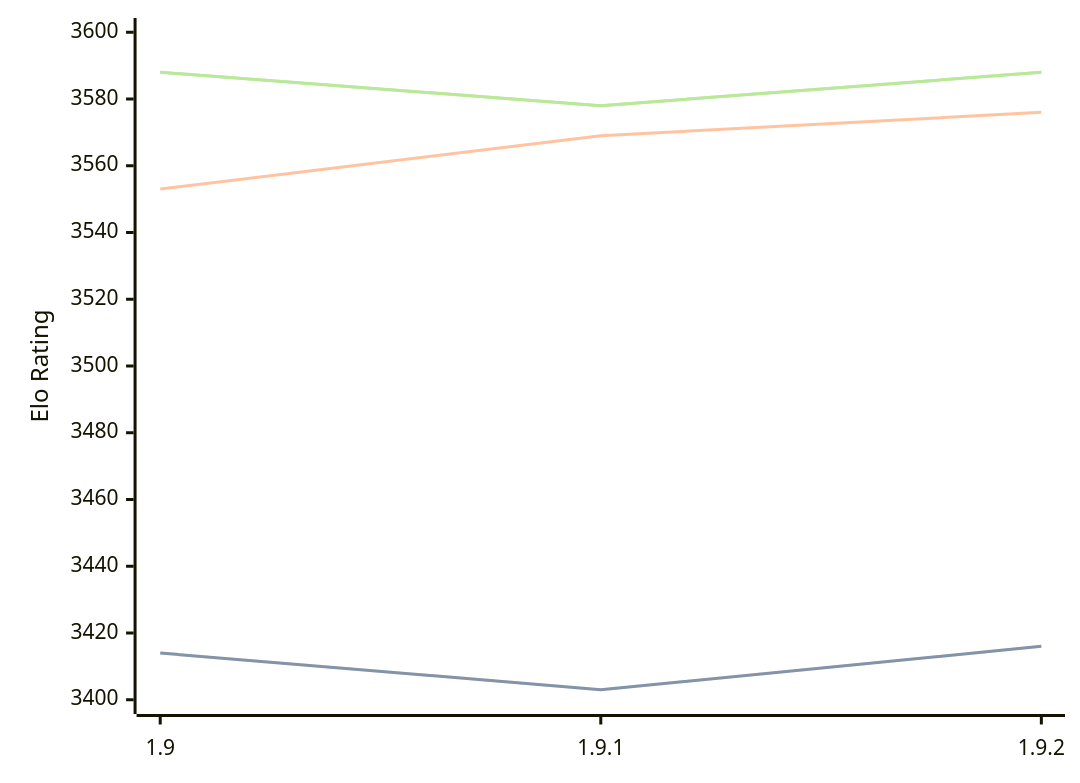
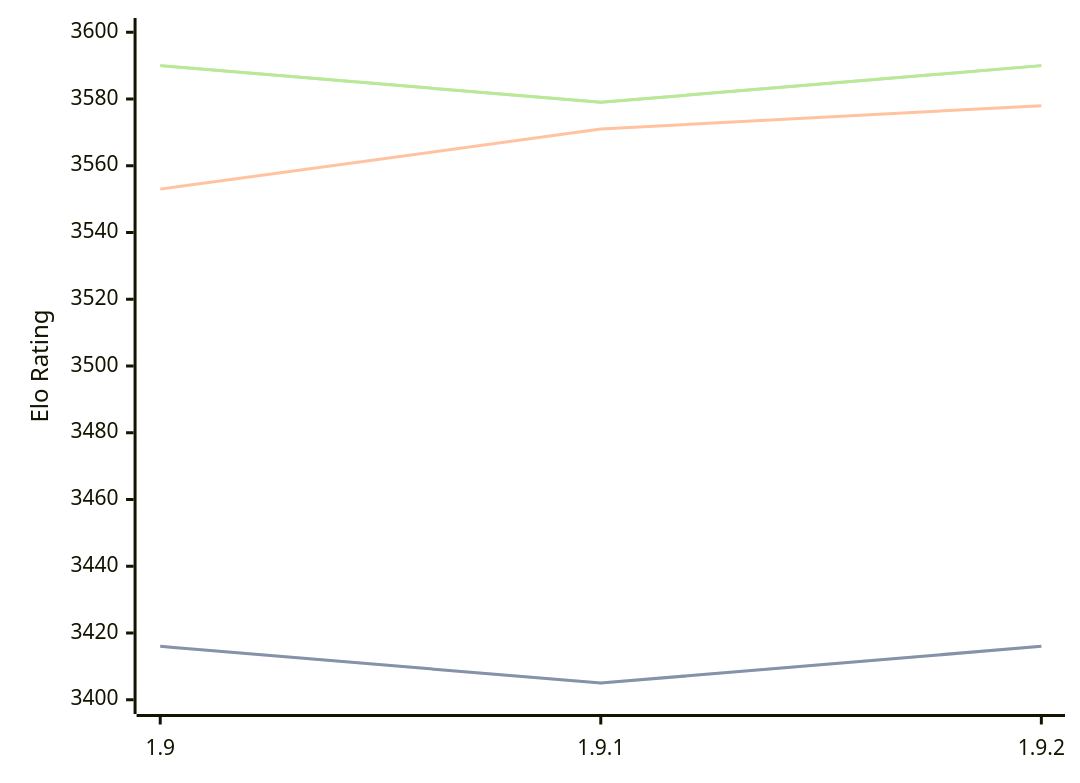
The diagram in engines/Pawnocchio.md (computer-chess-index/cci), drawn with Mermaid before and after one commit. The commit also changed other lines of this file, not shown here.

Commit message:
Update CCI Ratings (ELO VLTC) - 2026-05-01

````diff
--- a/engines/Pawnocchio.md
+++ b/engines/Pawnocchio.md
@@ -48,11 +48,11 @@
 ```mermaid
 %%{init: {"theme":"base","themeVariables":{"seriesColors:['#a3a3a3','#222221','#faa371']}}}%%
 xychart-beta
   x-axis ["1.9", "1.9.1", "1.9.2"]
   y-axis "Elo Rating" 3400 --> 3600
-  line "STC (8.0+0.08s)" [3414, 3403, 3416]
-  line "STC (8.0+0.08s)" [3414, 3403, 3416]
-  line "LTC (60.0+0.60s)" [3553, 3569, 3576]
-  line "VLTC (2m24s+1.12s)" [3588, 3578, 3588]
-  line "VLTC (2m24s+1.12s)" [3588, 3578, 3588]
+  line "STC (8.0+0.08s)" [3416, 3405, 3416]
+  line "STC (8.0+0.08s)" [3416, 3405, 3416]
+  line "LTC (60.0+0.60s)" [3553, 3571, 3578]
+  line "VLTC (2m24s+1.12s)" [3590, 3579, 3590]
+  line "VLTC (2m24s+1.12s)" [3590, 3579, 3590]
 ```
````
